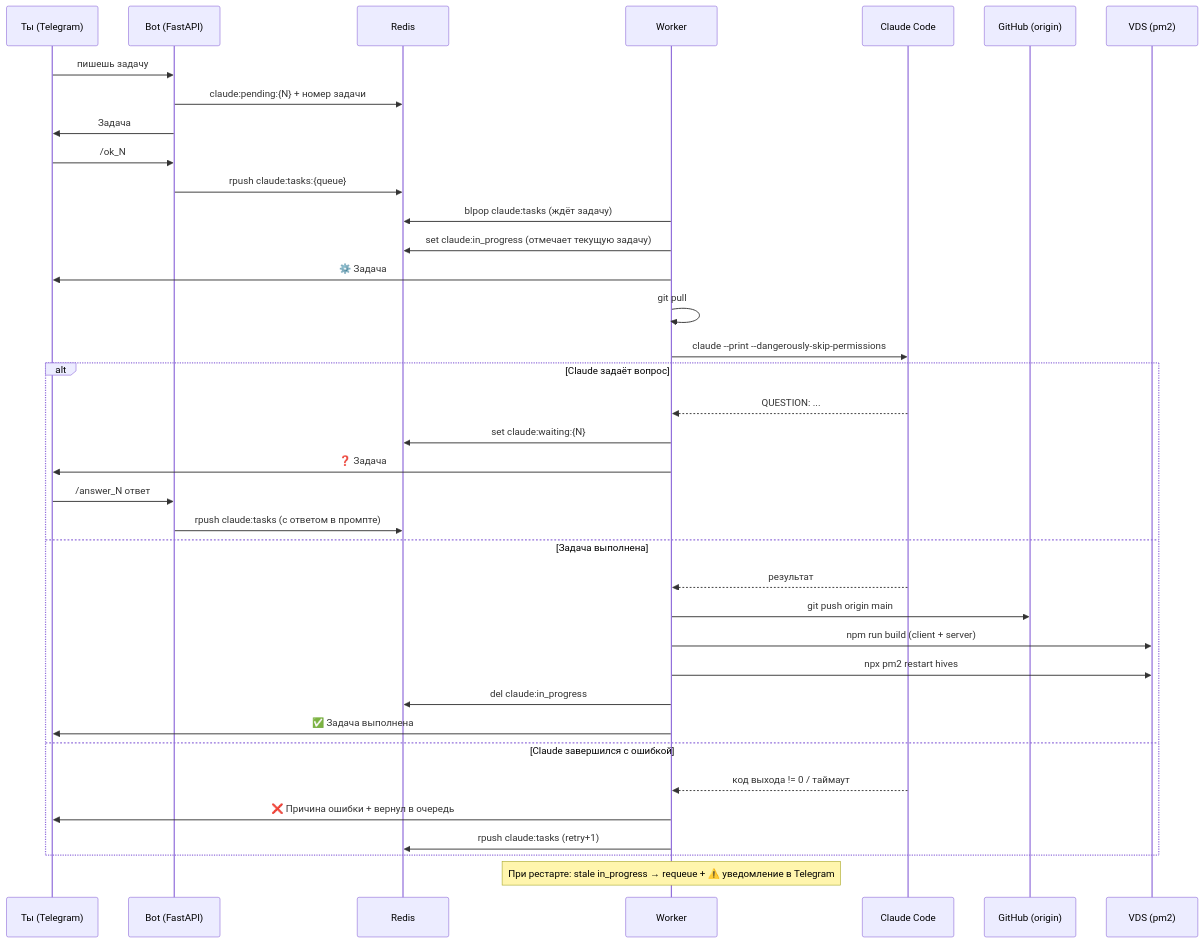
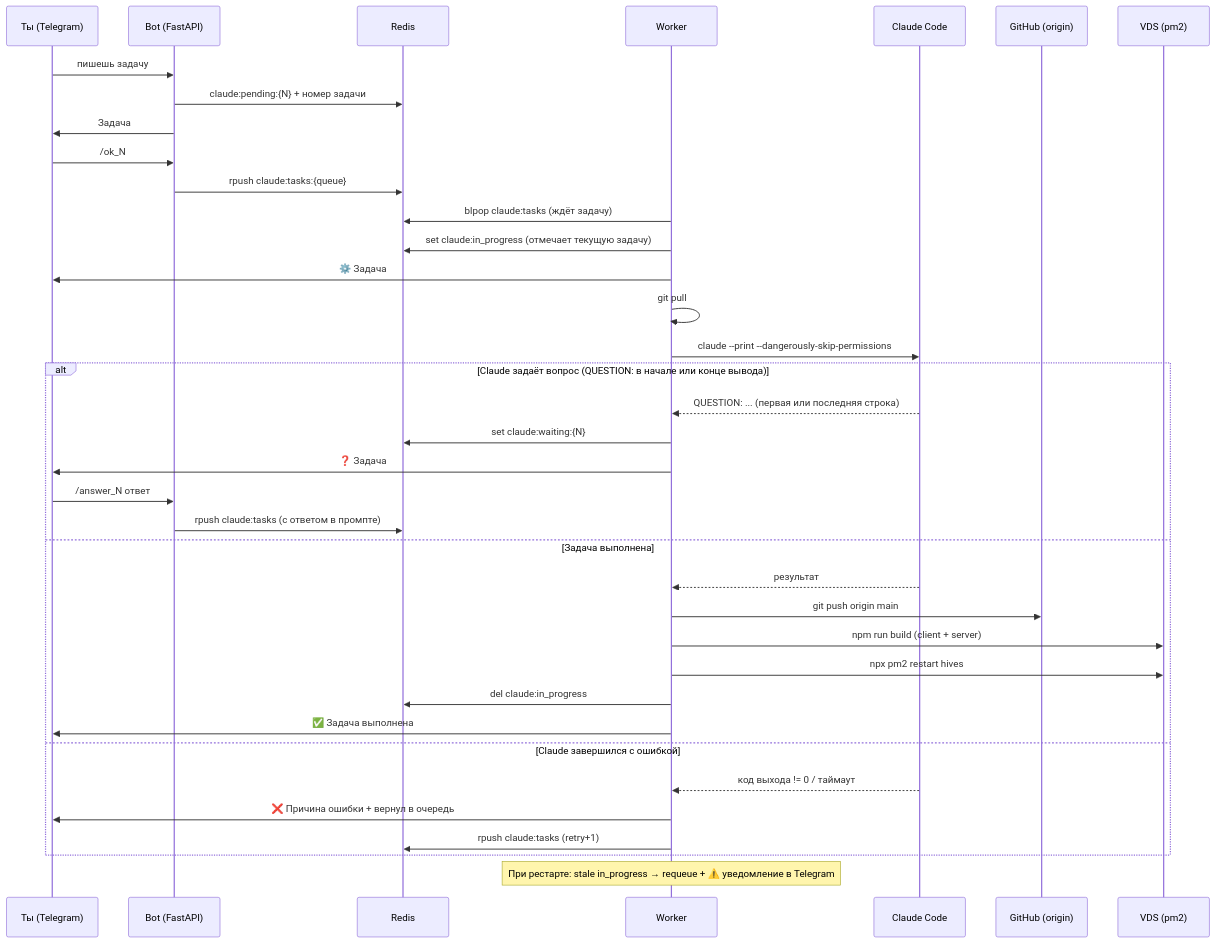
The diagram in README.md (NeradziukA/project-manager), drawn with Mermaid before and after one commit. The commit also changed 3 other files, not shown here.

First line of the commit message:
fix: detect QUESTION: marker at end of Claude output, not only at start

````diff
--- a/README.md
+++ b/README.md
@@ -5,43 +5,43 @@
 ```mermaid
 sequenceDiagram
     participant U as Ты (Telegram)
     participant B as Bot (FastAPI)
     participant R as Redis
     participant W as Worker
     participant C as Claude Code
     participant G as GitHub (origin)
     participant V as VDS (pm2)
 
     U->>B: пишешь задачу
     B->>R: claude:pending:{N} + номер задачи
     B->>U: Задача #N принята. /ok_N для подтверждения
 
     U->>B: /ok_N
     B->>R: rpush claude:tasks:{queue}
 
     W->>R: blpop claude:tasks (ждёт задачу)
     W->>R: set claude:in_progress (отмечает текущую задачу)
     W->>U: ⚙️ Задача #N принята в работу
     W->>W: git pull
     W->>C: claude --print --dangerously-skip-permissions
-    alt Claude задаёт вопрос
-        C-->>W: QUESTION: ...
+    alt Claude задаёт вопрос (QUESTION: в начале или конце вывода)
+        C-->>W: QUESTION: ... (первая или последняя строка)
         W->>R: set claude:waiting:{N}
         W->>U: ❓ Задача #N — вопрос: ... /answer_N
         U->>B: /answer_N ответ
         B->>R: rpush claude:tasks (с ответом в промпте)
     else Задача выполнена
         C-->>W: результат
         W->>G: git push origin main
         W->>V: npm run build (client + server)
         W->>V: npx pm2 restart hives
         W->>R: del claude:in_progress
         W->>U: ✅ Задача выполнена
     else Claude завершился с ошибкой
         C-->>W: код выхода != 0 / таймаут
         W->>U: ❌ Причина ошибки + вернул в очередь
         W->>R: rpush claude:tasks (retry+1)
     end
 
     note over W: При рестарте: stale in_progress → requeue + ⚠️ уведомление в Telegram
 ```
````
